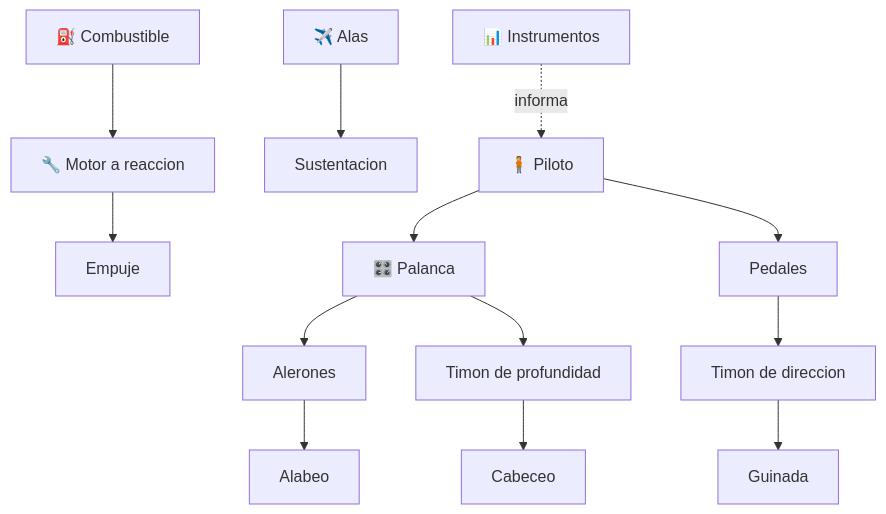
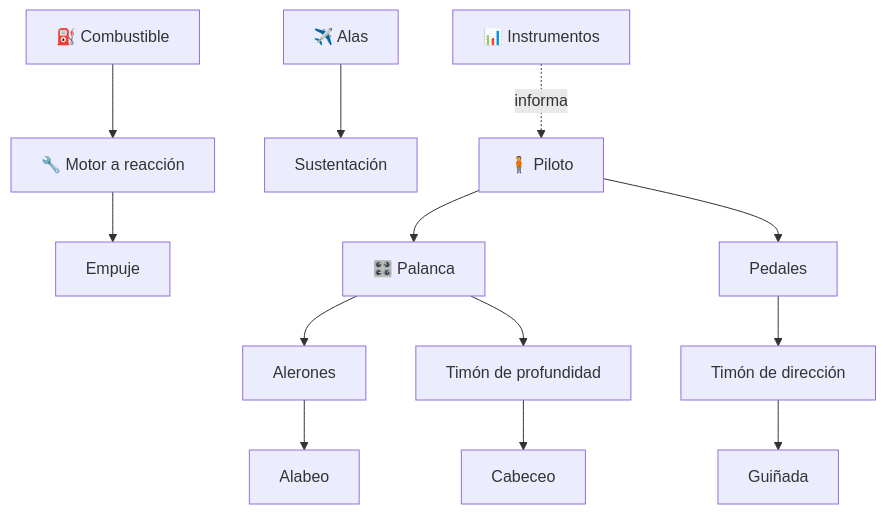
Before and after one commit to vladimiracunadev-create/machine-operator-program: the diagram in vehiculos/aviones-combate/README.md, drawn with Mermaid. The commit also changed other lines of this file and 442 other files, not shown here.

````diff
--- a/vehiculos/aviones-combate/README.md
+++ b/vehiculos/aviones-combate/README.md
@@ -41,15 +41,15 @@
 ```mermaid
 flowchart TD
-    Combustible[⛽ Combustible] --> Reactor[🔧 Motor a reaccion]
+    Combustible[⛽ Combustible] --> Reactor[🔧 Motor a reacción]
     Reactor --> Empuje[Empuje]
-    Alas[✈️ Alas] --> Sustentacion[Sustentacion]
+    Alas[✈️ Alas] --> Sustentacion[Sustentación]
     Palanca[🎛️ Palanca] --> Alerones[Alerones]
-    Palanca --> Profundidad[Timon de profundidad]
-    Pedales[Pedales] --> Direccion[Timon de direccion]
+    Palanca --> Profundidad[Timón de profundidad]
+    Pedales[Pedales] --> Direccion[Timón de dirección]
     Alerones --> Alabeo[Alabeo]
     Profundidad --> Cabeceo[Cabeceo]
-    Direccion --> Guinada[Guinada]
+    Direccion --> Guinada[Guiñada]
     Tablero[📊 Instrumentos] -. informa .-> Piloto[🧍 Piloto]
     Piloto --> Palanca
     Piloto --> Pedales
 ```
````
